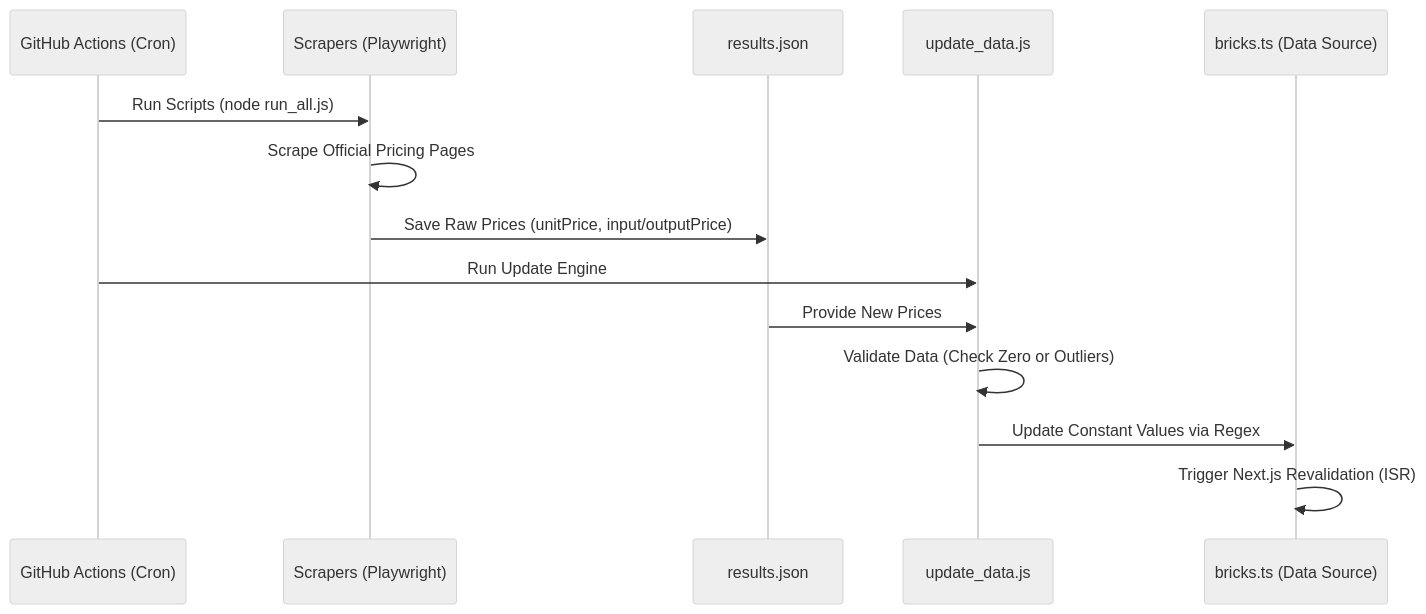
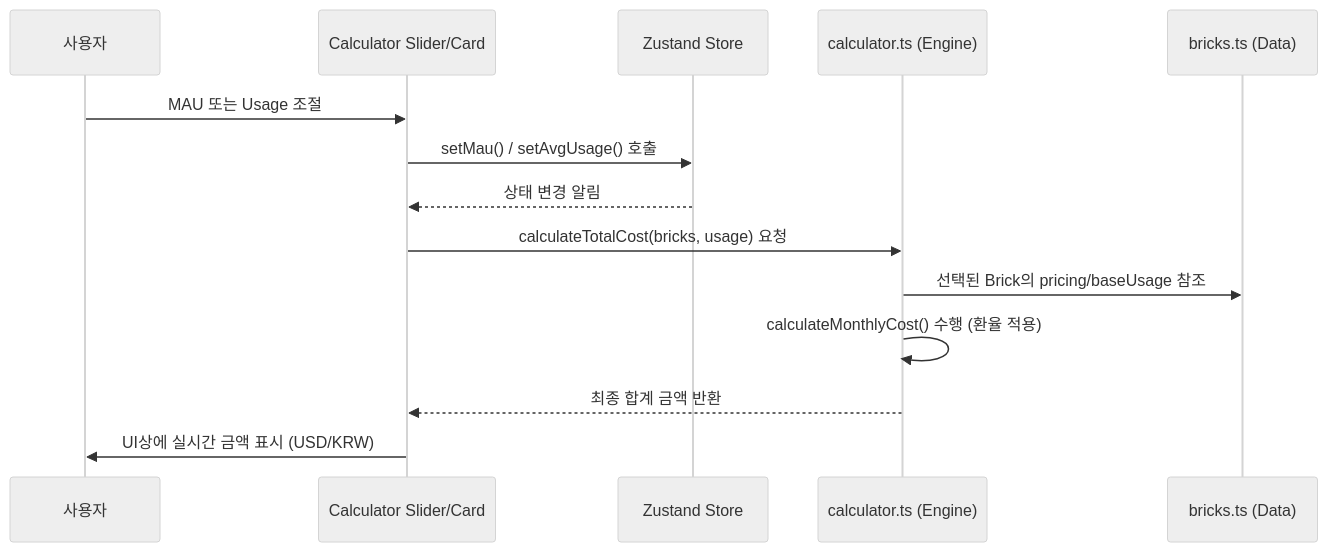
The diagram in .gravityBrain/CORE_LOGIC.md (ff8scall/stack), drawn with Mermaid (neutral theme) before and after one commit. The commit also changed other lines of this file and 19 other files, not shown here.

````diff
--- a/.gravityBrain/CORE_LOGIC.md
+++ b/.gravityBrain/CORE_LOGIC.md
@@ -32,17 +34,17 @@
 ```mermaid
 sequenceDiagram
-    participant GH as GitHub Actions (Cron)
-    participant SCR as Scrapers (Playwright)
-    participant RES as results.json
-    participant UPD as update_data.js
-    participant SRC as bricks.ts (Data Source)
+    participant User as 사용자
+    participant UI as Calculator Slider/Card
+    participant Store as Zustand Store
+    participant Calc as calculator.ts (Engine)
+    participant Data as bricks.ts (Data)
 
-    GH->>SCR: Run Scripts (node run_all.js)
-    SCR->>SCR: Scrape Official Pricing Pages
-    SCR->>RES: Save Raw Prices (unitPrice, input/outputPrice)
-    GH->>UPD: Run Update Engine
-    RES->>UPD: Provide New Prices
-    UPD->>UPD: Validate Data (Check Zero or Outliers)
-    UPD->>SRC: Update Constant Values via Regex
-    SRC->>SRC: Trigger Next.js Revalidation (ISR)
+    User->>UI: MAU 또는 Usage 조절
+    UI->>Store: setMau() / setAvgUsage() 호출
+    Store-->>UI: 상태 변경 알림
+    UI->>Calc: calculateTotalCost(bricks, usage) 요청
+    Calc->>Data: 선택된 Brick의 pricing/baseUsage 참조
+    Calc->>Calc: calculateMonthlyCost() 수행 (환율 적용)
+    Calc-->>UI: 최종 합계 금액 반환
+    UI->>User: UI상에 실시간 금액 표시 (USD/KRW)
 ```
````
